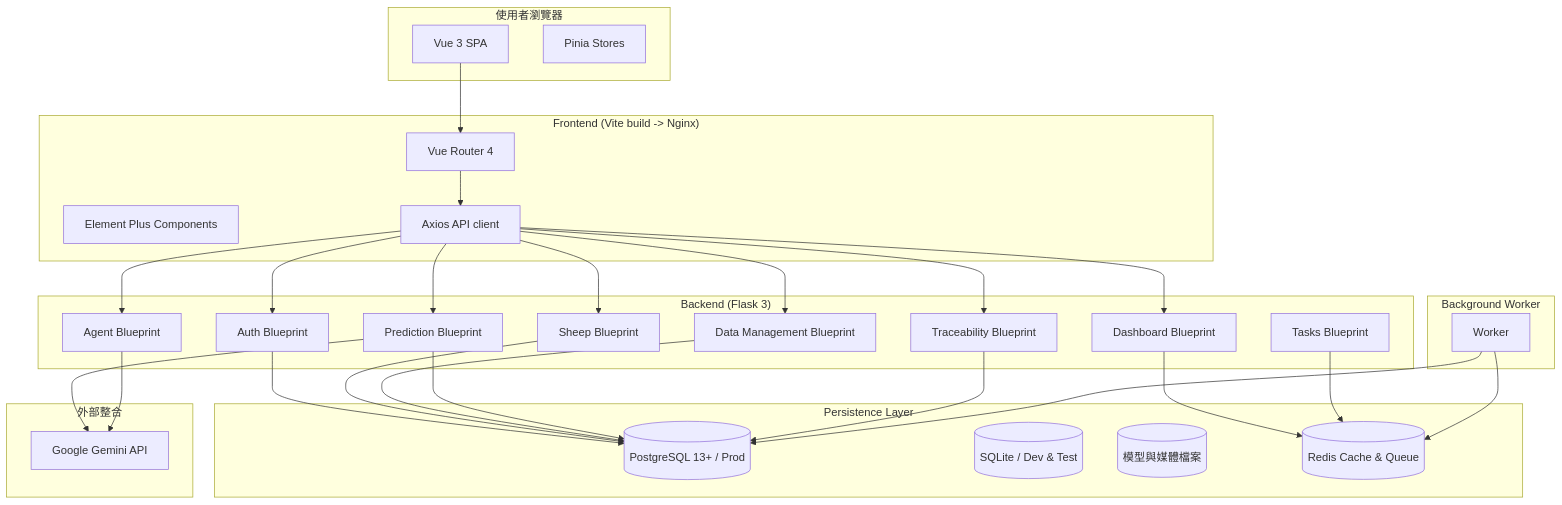
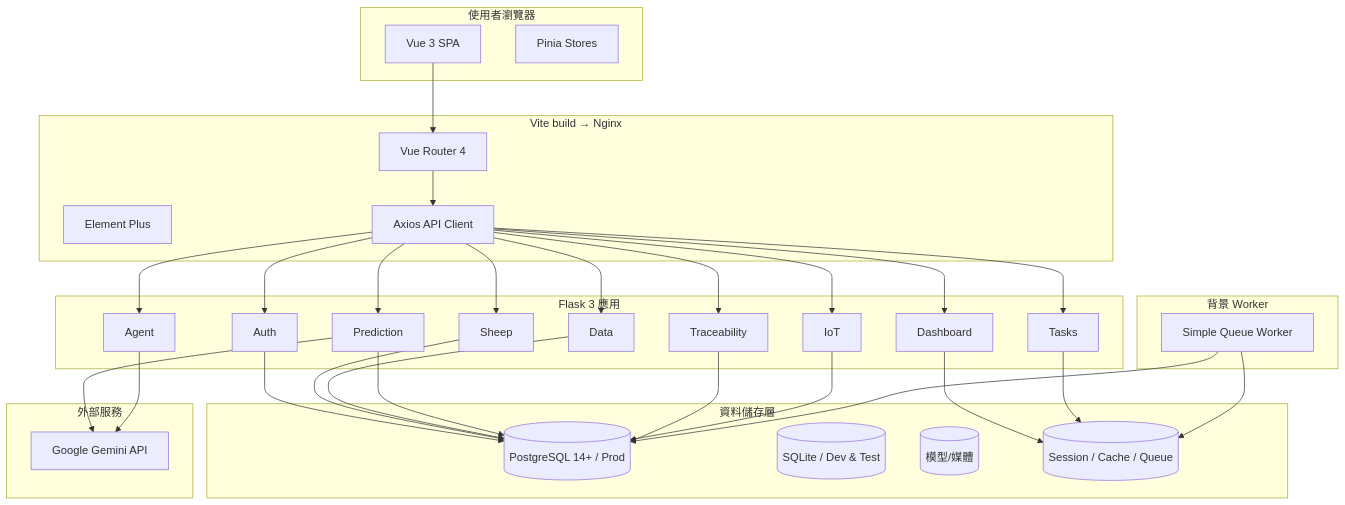
The diagram in README.md (nj1i6t6/Dr.Goat-AI-Agent), drawn with Mermaid before and after one commit. The commit also changed other lines of this file and 6 other files, not shown here.

````diff
--- a/README.md
+++ b/README.md
@@ -42,61 +55,65 @@
 ```mermaid
 graph TB
   subgraph Client["使用者瀏覽器"]
     UI[Vue 3 SPA]
     Pinia[Pinia Stores]
   end
 
-  subgraph Frontend["Frontend (Vite build -> Nginx)"]
+  subgraph Frontend["Vite build → Nginx"]
     Router[Vue Router 4]
-    Components[Element Plus Components]
-    ApiClient[Axios API client]
+    Components[Element Plus]
+    ApiClient[Axios API Client]
   end
 
-  subgraph Backend["Backend (Flask 3)"]
-    Auth[Auth Blueprint]
-    Sheep[Sheep Blueprint]
-    Dashboard[Dashboard Blueprint]
-    Data[Data Management Blueprint]
-    Prediction[Prediction Blueprint]
-    Agent[Agent Blueprint]
-    Traceability[Traceability Blueprint]
-    Tasks[Tasks Blueprint]
+  subgraph Backend["Flask 3 應用"]
+    Auth[Auth]
+    Sheep[Sheep]
+    Dashboard[Dashboard]
+    Data[Data]
+    Prediction[Prediction]
+    Agent[Agent]
+    Traceability[Traceability]
+    Iot[IoT]
+    Tasks[Tasks]
   end
 
-  subgraph DataTier["Persistence Layer"]
-    Postgres[(PostgreSQL 13+ / Prod)]
+  subgraph DataTier["資料儲存層"]
+    Postgres[(PostgreSQL 14+ / Prod)]
     SQLite[(SQLite / Dev & Test)]
-    Filesystem[(模型與媒體檔案)]
-    Redis[(Redis Cache & Queue)]
+    Filesystem[(模型/媒體)]
+    Redis[(Session / Cache / Queue)]
   end
 
-  subgraph Worker["Background Worker"]
-    WorkerNode[Worker]
+  subgraph Worker["背景 Worker"]
+    WorkerNode[Simple Queue Worker]
   end
 
-  subgraph External["外部整合"]
+  subgraph External["外部服務"]
     Gemini[Google Gemini API]
   end
 
   UI --> Router --> ApiClient --> Auth
   ApiClient --> Sheep
   ApiClient --> Dashboard
   ApiClient --> Data
   ApiClient --> Prediction
   ApiClient --> Agent
   ApiClient --> Traceability
+  ApiClient --> Iot
+  ApiClient --> Tasks
 
   Auth --> Postgres
   Sheep --> Postgres
   Dashboard --> Redis
   Data --> Postgres
   Prediction --> Postgres
   Traceability --> Postgres
+  Iot --> Postgres
   Tasks --> Redis
 
   Prediction --> Gemini
   Agent --> Gemini
 
   WorkerNode --> Redis
   WorkerNode --> Postgres
 ```
````
